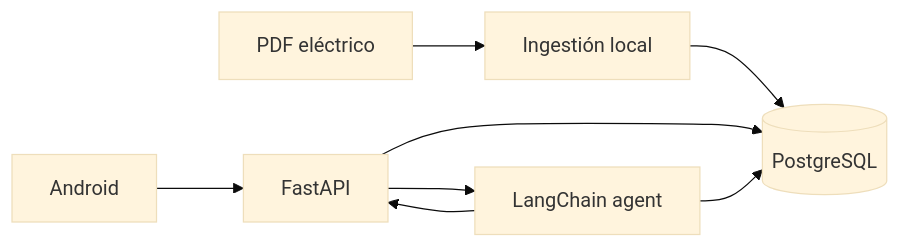
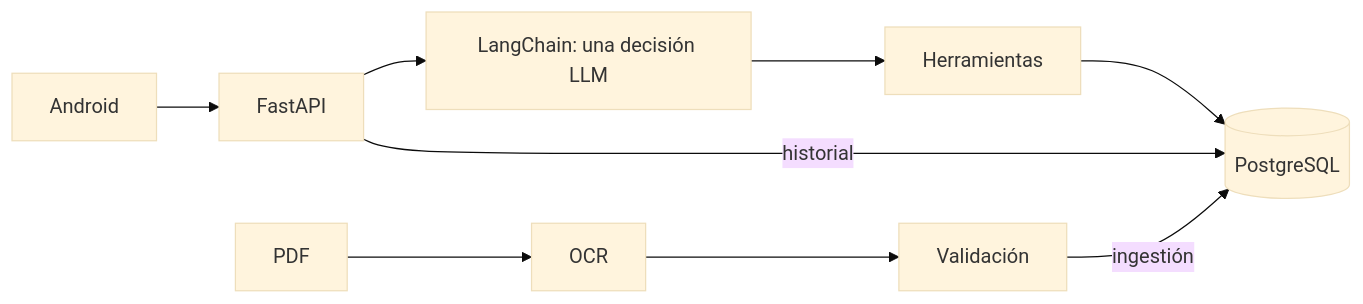
The diagram in README.es.md (SamuelCharry/serie76-assistant), drawn with Mermaid (base theme) before and after one commit. The commit also changed other lines of this file and 20 other files, not shown here.

````diff
--- a/README.es.md
+++ b/README.es.md
@@ -9,10 +9,11 @@
 ```mermaid
 flowchart LR
-    PDF[PDF eléctrico] --> Ingestion[Ingestión local]
-    Ingestion --> DB[(PostgreSQL)]
-    API[FastAPI] --> DB
-    Agent[LangChain agent] --> API
-    Android[Android] --> API
-    API --> Agent
-    Agent --> DB
+    Android[Android] --> API[FastAPI]
+    API --> Agent["LangChain: una decisión LLM"]
+    Agent --> Herramientas[Herramientas]
+    Herramientas --> DB[(PostgreSQL)]
+    API -->|historial| DB
+    PDF[PDF] --> OCR[OCR]
+    OCR --> Validación[Validación]
+    Validación -->|ingestión| DB
 ```
````
